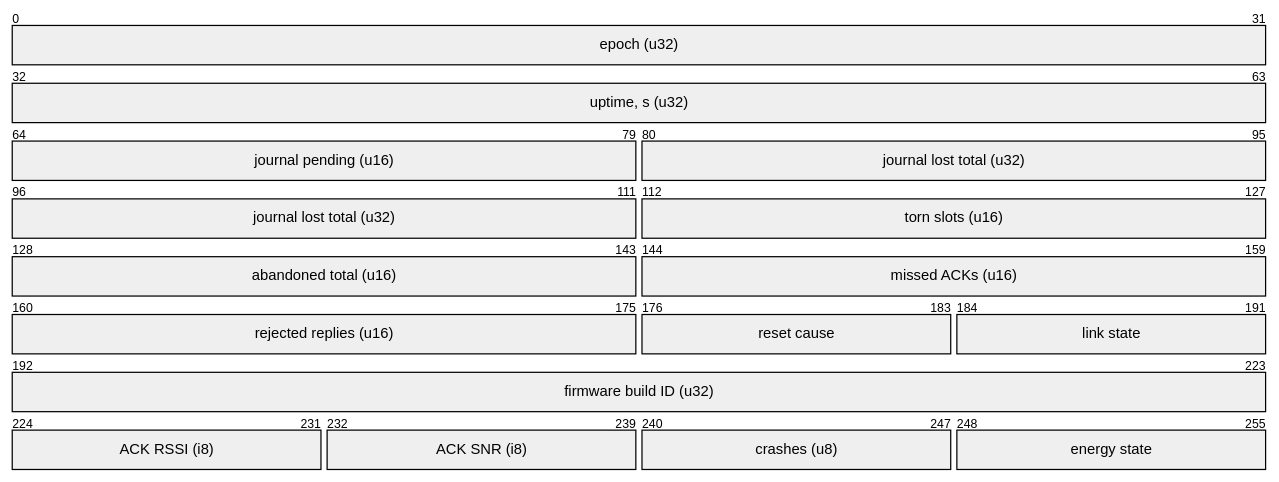
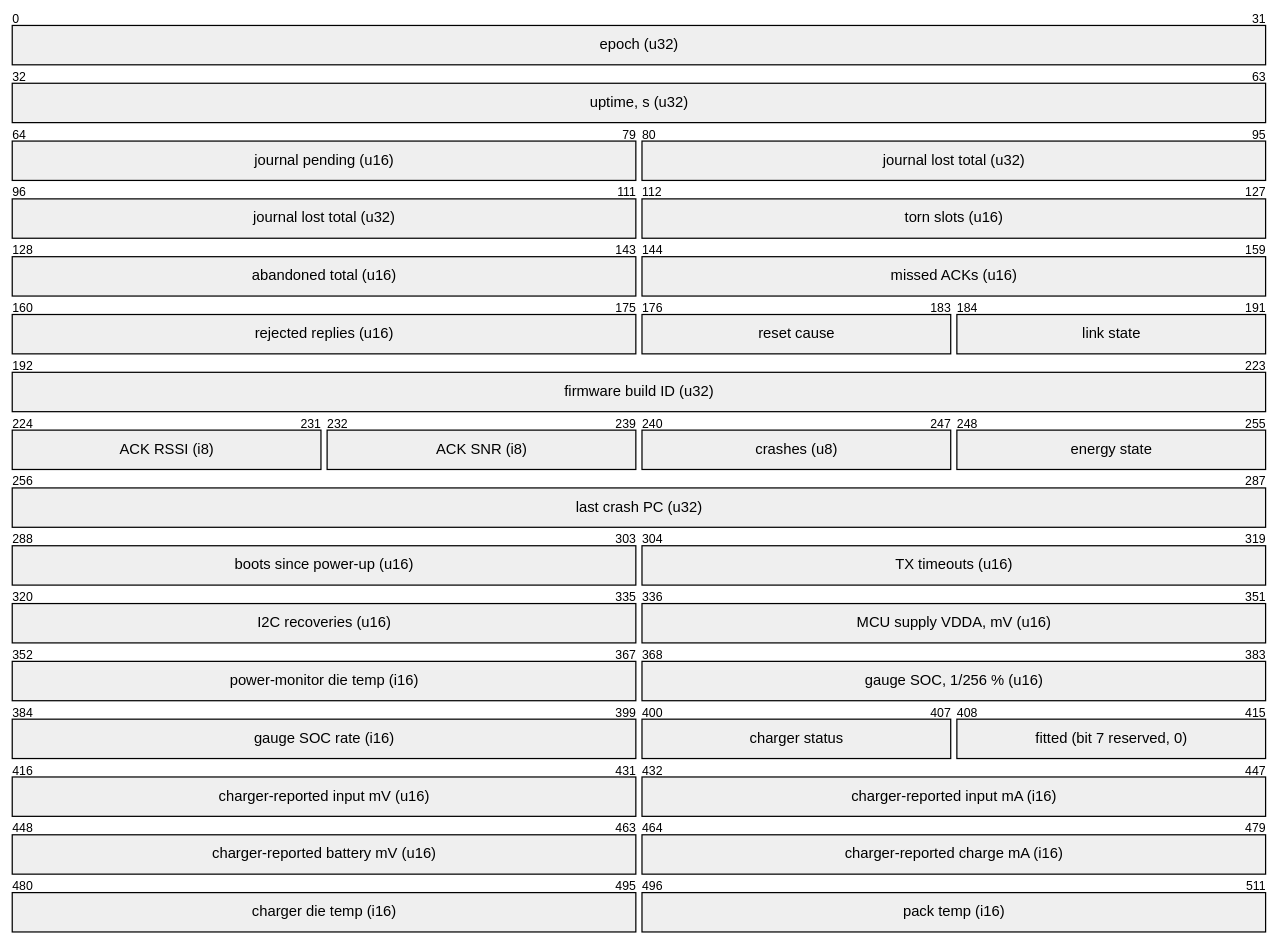
One commit to clintecker/weather-station-2026 changed the fourth of 5 diagrams in docs/protocol-design.md. Above: the diagram before and after it, drawn with Mermaid. The commit also changed other lines of this file and 303 other files, not shown here.

````diff
--- a/docs/protocol-design.md
+++ b/docs/protocol-design.md
@@ -192,18 +256,34 @@
 ```mermaid
 packet-beta
   0-31: "epoch (u32)"
   32-63: "uptime, s (u32)"
   64-79: "journal pending (u16)"
   80-111: "journal lost total (u32)"
   112-127: "torn slots (u16)"
   128-143: "abandoned total (u16)"
   144-159: "missed ACKs (u16)"
   160-175: "rejected replies (u16)"
   176-183: "reset cause"
   184-191: "link state"
   192-223: "firmware build ID (u32)"
   224-231: "ACK RSSI (i8)"
   232-239: "ACK SNR (i8)"
   240-247: "crashes (u8)"
   248-255: "energy state"
+  256-287: "last crash PC (u32)"
+  288-303: "boots since power-up (u16)"
+  304-319: "TX timeouts (u16)"
+  320-335: "I2C recoveries (u16)"
+  336-351: "MCU supply VDDA, mV (u16)"
+  352-367: "power-monitor die temp (i16)"
+  368-383: "gauge SOC, 1/256 % (u16)"
+  384-399: "gauge SOC rate (i16)"
+  400-407: "charger status"
+  408-415: "fitted (bit 7 reserved, 0)"
+  416-431: "charger-reported input mV (u16)"
+  432-447: "charger-reported input mA (i16)"
+  448-463: "charger-reported battery mV (u16)"
+  464-479: "charger-reported charge mA (i16)"
+  480-495: "charger die temp (i16)"
+  496-511: "pack temp (i16)"
 ```
````
